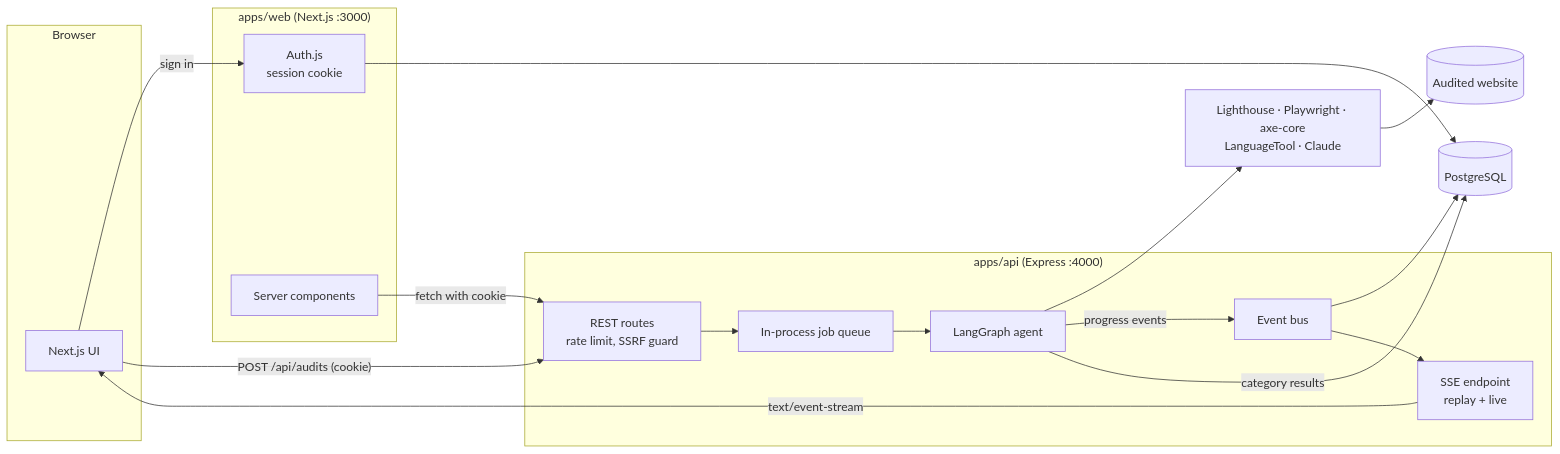
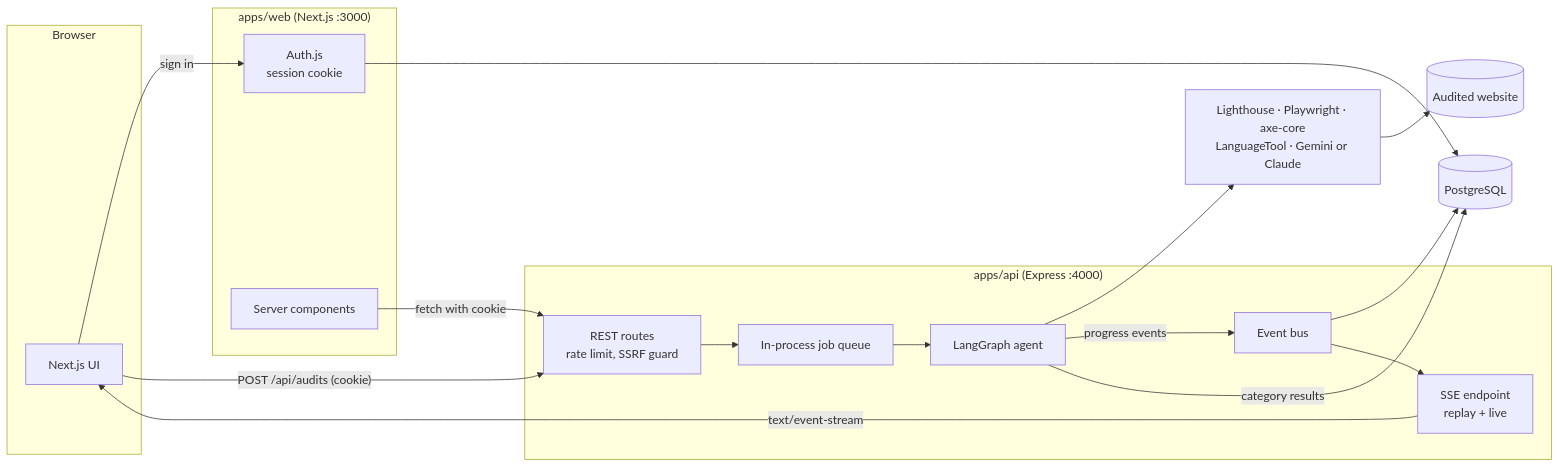
One commit to neo-shruti-ghosh/SiteScope changed the first of 2 diagrams in README.md. Above: the diagram before and after it, drawn with Mermaid. The commit also changed other lines of this file and 26 other files, not shown here.

````diff
--- a/README.md
+++ b/README.md
@@ -35,31 +35,31 @@
 ```mermaid
 flowchart LR
   subgraph Browser
     UI[Next.js UI]
   end
 
   subgraph Web["apps/web (Next.js :3000)"]
     Auth[Auth.js<br/>session cookie]
     Pages[Server components]
   end
 
   subgraph API["apps/api (Express :4000)"]
     Routes[REST routes<br/>rate limit, SSRF guard]
     SSE[SSE endpoint<br/>replay + live]
     Queue[In-process job queue]
     Graph[LangGraph agent]
     Bus[Event bus]
   end
 
   DB[(PostgreSQL)]
-  Tools[Lighthouse · Playwright · axe-core<br/>LanguageTool · Claude]
+  Tools[Lighthouse · Playwright · axe-core<br/>LanguageTool · Gemini or Claude]
   Site[(Audited website)]
 
   UI -- sign in --> Auth --> DB
   UI -- "POST /api/audits (cookie)" --> Routes --> Queue --> Graph
   Graph --> Tools --> Site
   Graph -- progress events --> Bus --> DB
   Bus --> SSE -- "text/event-stream" --> UI
   Pages -- fetch with cookie --> Routes
   Graph -- category results --> DB
 ```
````
